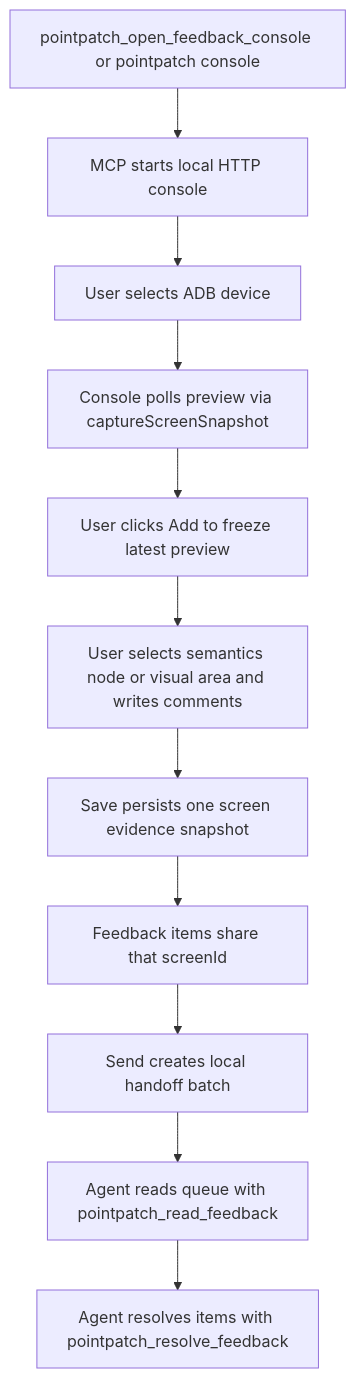
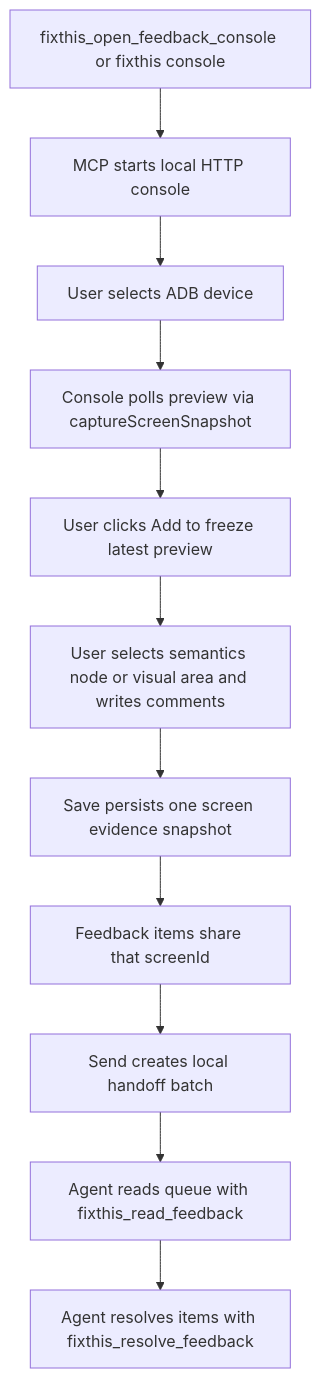
One commit to beyondwin/FixThis changed the second of 2 diagrams in docs/project-overview.md. Above: the diagram before and after it, drawn with Mermaid. The commit also changed other lines of this file and 16 other files, not shown here.

````diff
--- a/docs/project-overview.md
+++ b/docs/project-overview.md
@@ -173,13 +173,13 @@
 ```mermaid
 flowchart TD
-    A["pointpatch_open_feedback_console or pointpatch console"] --> B["MCP starts local HTTP console"]
+    A["fixthis_open_feedback_console or fixthis console"] --> B["MCP starts local HTTP console"]
     B --> C["User selects ADB device"]
     C --> D["Console polls preview via captureScreenSnapshot"]
     D --> E["User clicks Add to freeze latest preview"]
     E --> F["User selects semantics node or visual area and writes comments"]
     F --> G["Save persists one screen evidence snapshot"]
     G --> H["Feedback items share that screenId"]
     H --> I["Send creates local handoff batch"]
-    I --> J["Agent reads queue with pointpatch_read_feedback"]
-    J --> K["Agent resolves items with pointpatch_resolve_feedback"]
+    I --> J["Agent reads queue with fixthis_read_feedback"]
+    J --> K["Agent resolves items with fixthis_resolve_feedback"]
 ```
````
